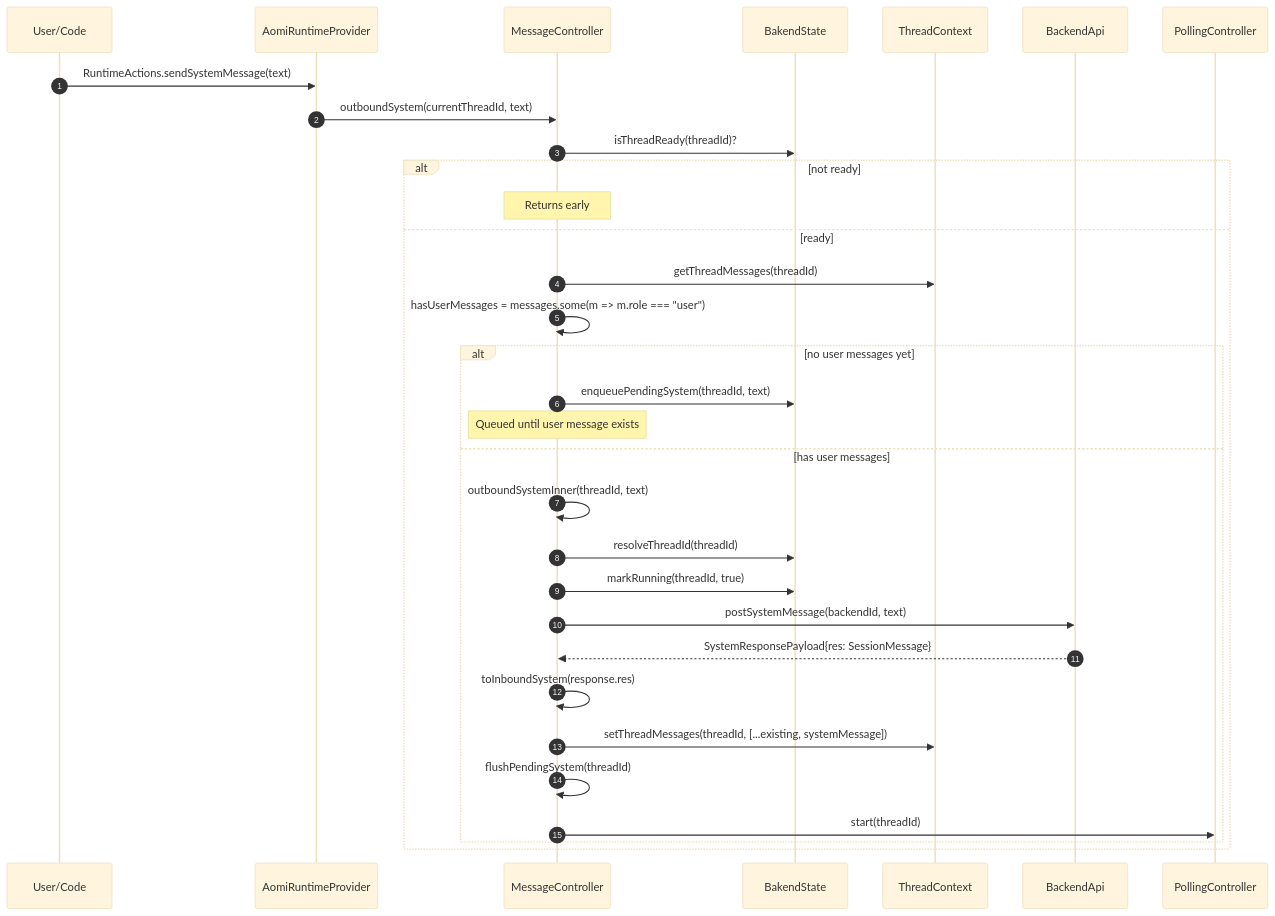
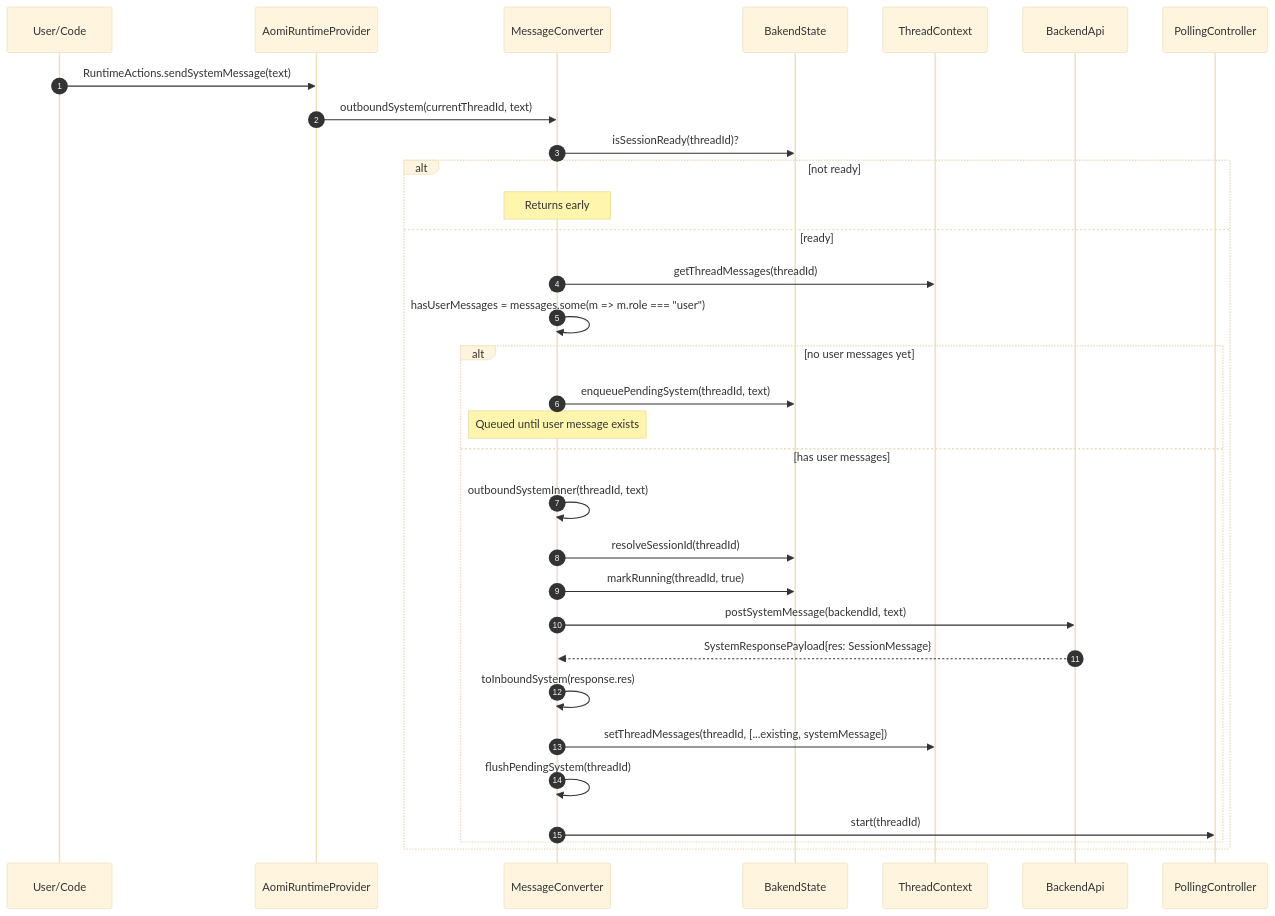
Before and after one commit to aomi-labs/aomi-widget: the third of 5 diagrams in packages/react/src/runtime/RUNTIME-DIAGRAMS.md, drawn with Mermaid (base theme). The commit also changed other lines of this file and 29 other files, not shown here.

````diff
--- a/packages/react/src/runtime/RUNTIME-DIAGRAMS.md
+++ b/packages/react/src/runtime/RUNTIME-DIAGRAMS.md
@@ -208,37 +213,37 @@
 ```mermaid
 sequenceDiagram
   autonumber
   participant U as User/Code
   participant AR as AomiRuntimeProvider
-  participant MC as MessageController
+  participant MC as MessageConverter
   participant BS as BakendState
   participant TC as ThreadContext
   participant API as BackendApi
   participant PC as PollingController
 
   U->>AR: RuntimeActions.sendSystemMessage(text)
   AR->>MC: outboundSystem(currentThreadId, text)
   
-  MC->>BS: isThreadReady(threadId)?
+  MC->>BS: isSessionReady(threadId)?
   alt not ready
     Note over MC: Returns early
   else ready
     MC->>TC: getThreadMessages(threadId)
     MC->>MC: hasUserMessages = messages.some(m => m.role === "user")
     
     alt no user messages yet
       MC->>BS: enqueuePendingSystem(threadId, text)
       Note over MC: Queued until user message exists
     else has user messages
       MC->>MC: outboundSystemInner(threadId, text)
-      MC->>BS: resolveThreadId(threadId)
+      MC->>BS: resolveSessionId(threadId)
       MC->>BS: markRunning(threadId, true)
       MC->>API: postSystemMessage(backendId, text)
       API-->>MC: SystemResponsePayload{res: SessionMessage}
       MC->>MC: toInboundSystem(response.res)
       MC->>TC: setThreadMessages(threadId, [...existing, systemMessage])
       MC->>MC: flushPendingSystem(threadId)
       MC->>PC: start(threadId)
     end
   end
 ```
````
